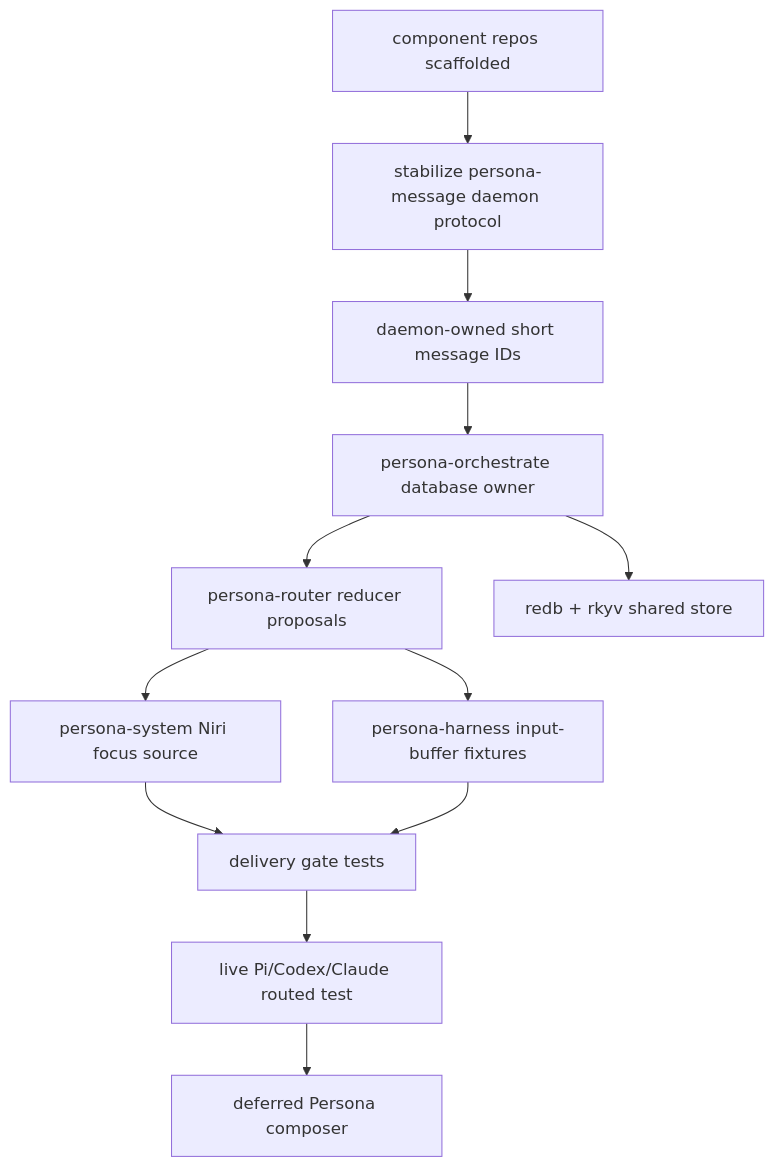
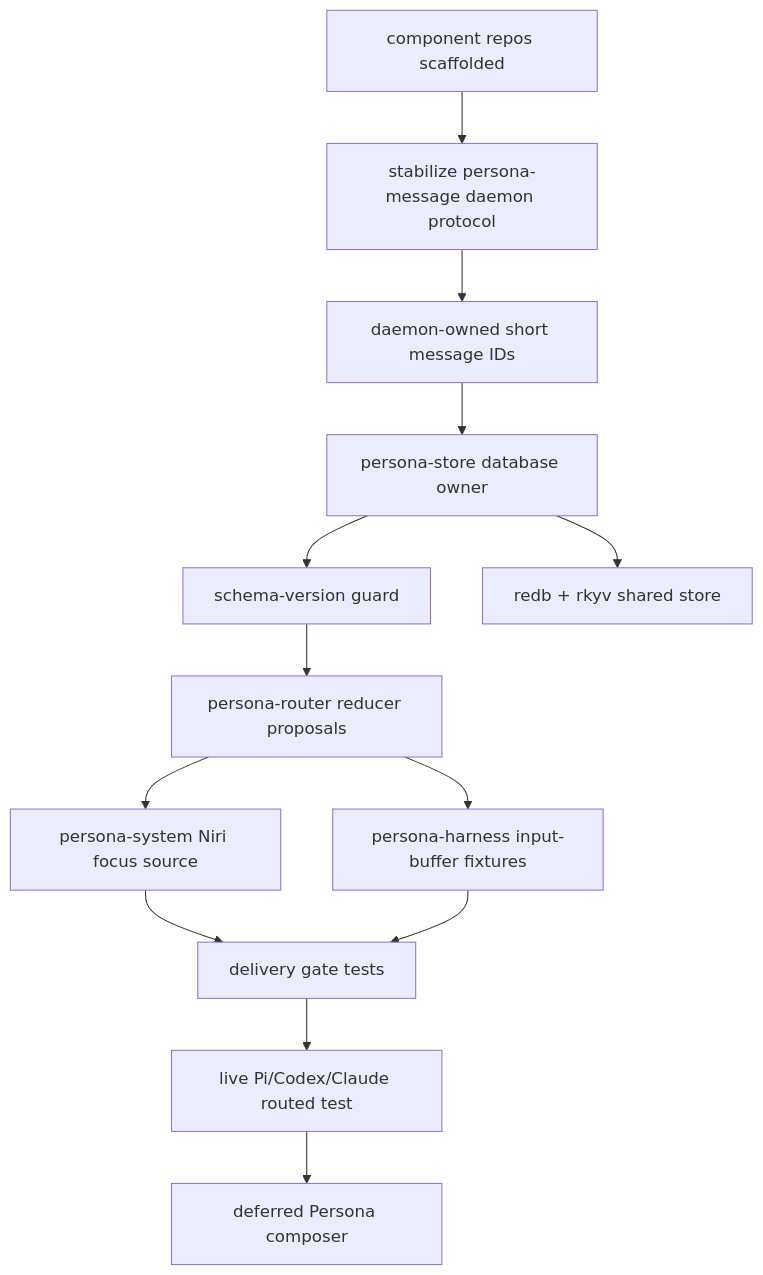
One commit to LiGoldragon/primary changed diagram 15 of 16 in reports/operator/9-persona-message-router-architecture.md. Above: the diagram before and after it, drawn with Mermaid. The commit also changed other lines of this file and 1 other file, not shown here.

Commit message:
address Persona router architecture audit

````diff
--- a/reports/operator/9-persona-message-router-architecture.md
+++ b/reports/operator/9-persona-message-router-architecture.md
@@ -501,26 +532,28 @@
 ```mermaid
 flowchart TD
     repos["component repos scaffolded"]
     msg["stabilize persona-message daemon protocol"]
     ids["daemon-owned short message IDs"]
-    orchestrate["persona-orchestrate database owner"]
+    pstore["persona-store database owner"]
+    skew["schema-version guard"]
     router["persona-router reducer proposals"]
     store["redb + rkyv shared store"]
     system["persona-system Niri focus source"]
     harness["persona-harness input-buffer fixtures"]
     gate["delivery gate tests"]
     live["live Pi/Codex/Claude routed test"]
     desktop["deferred Persona composer"]
 
     repos --> msg
     msg --> ids
-    ids --> orchestrate
-    orchestrate --> router
-    orchestrate --> store
+    ids --> pstore
+    pstore --> skew
+    skew --> router
+    pstore --> store
     router --> system
     router --> harness
     system --> gate
     harness --> gate
     gate --> live
     live --> desktop
 ```
````
